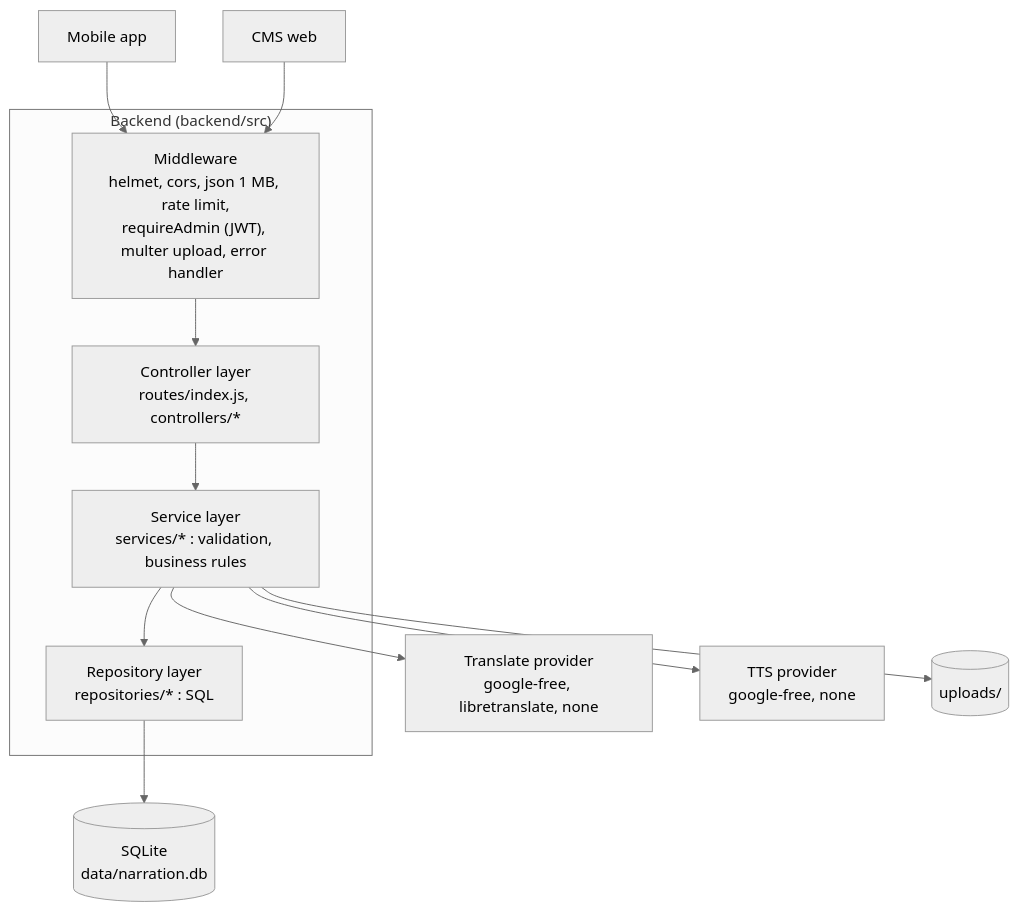
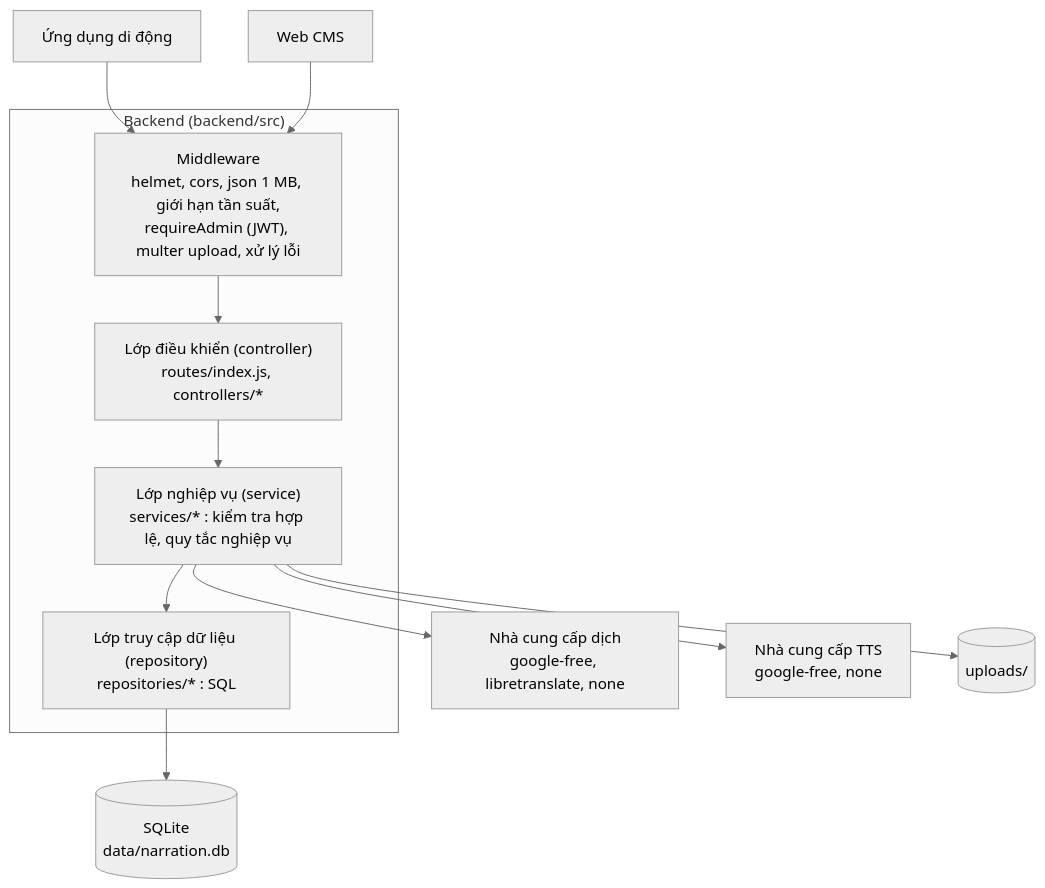
The second of 19 diagrams in docs/02-design.md (AiraLeFatale/CongNghePhanMem_Project), drawn with Mermaid (neutral theme) before and after one commit. The commit also changed other lines of this file and 11 other files, not shown here.

````diff
--- a/docs/02-design.md
+++ b/docs/02-design.md
@@ -41,27 +41,27 @@
 ```mermaid
 flowchart TB
-    MOBILE["Mobile app"]
-    CMS["CMS web"]
+    MOBILE["Ứng dụng di động"]
+    CMS["Web CMS"]
 
     subgraph BACKEND["Backend (backend/src)"]
-        MW["Middleware<br/>helmet, cors, json 1 MB, rate limit,<br/>requireAdmin (JWT), multer upload, error handler"]
-        CTRL["Controller layer<br/>routes/index.js, controllers/*"]
-        SVC["Service layer<br/>services/* : validation, business rules"]
-        REPO["Repository layer<br/>repositories/* : SQL"]
+        MW["Middleware<br/>helmet, cors, json 1 MB, giới hạn tần suất,<br/>requireAdmin (JWT), multer upload, xử lý lỗi"]
+        CTRL["Lớp điều khiển (controller)<br/>routes/index.js, controllers/*"]
+        SVC["Lớp nghiệp vụ (service)<br/>services/* : kiểm tra hợp lệ, quy tắc nghiệp vụ"]
+        REPO["Lớp truy cập dữ liệu (repository)<br/>repositories/* : SQL"]
     end
 
-    TR["Translate provider<br/>google-free, libretranslate, none"]
-    TTS["TTS provider<br/>google-free, none"]
+    TR["Nhà cung cấp dịch<br/>google-free, libretranslate, none"]
+    TTS["Nhà cung cấp TTS<br/>google-free, none"]
     DB[("SQLite<br/>data/narration.db")]
     FS[("uploads/")]
 
     MOBILE --> MW
     CMS --> MW
     MW --> CTRL
     CTRL --> SVC
     SVC --> REPO
     SVC --> TR
     SVC --> TTS
     REPO --> DB
     SVC --> FS
 ```
````
